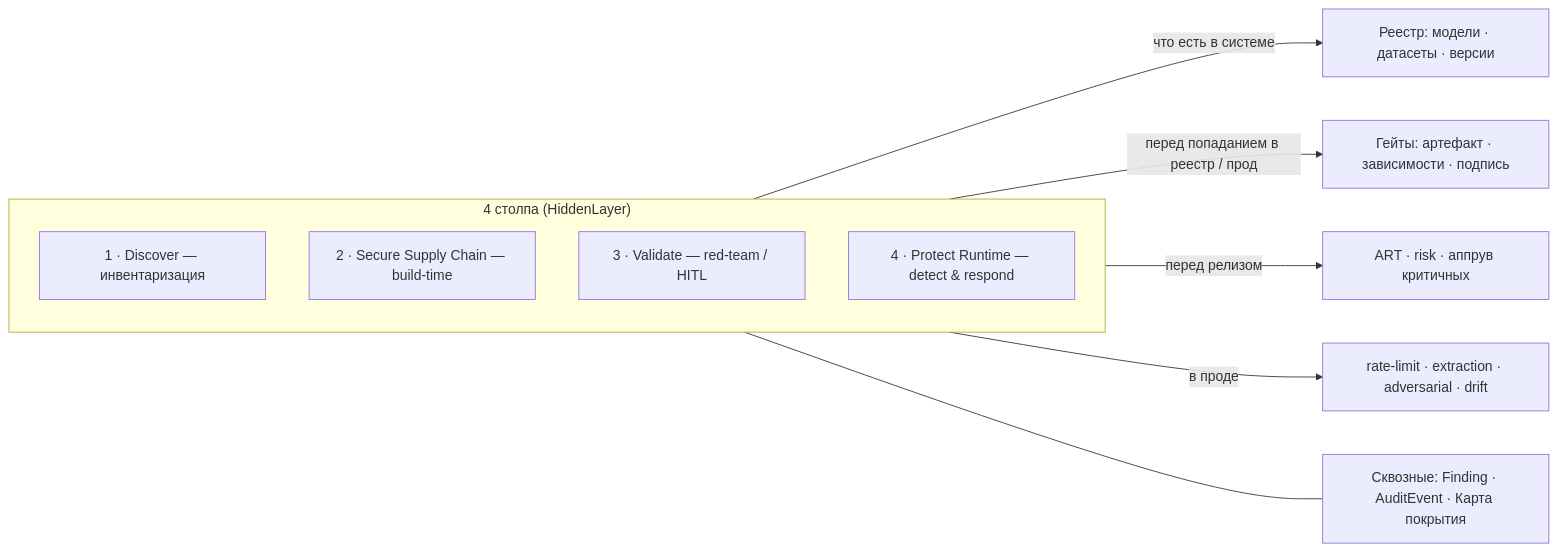
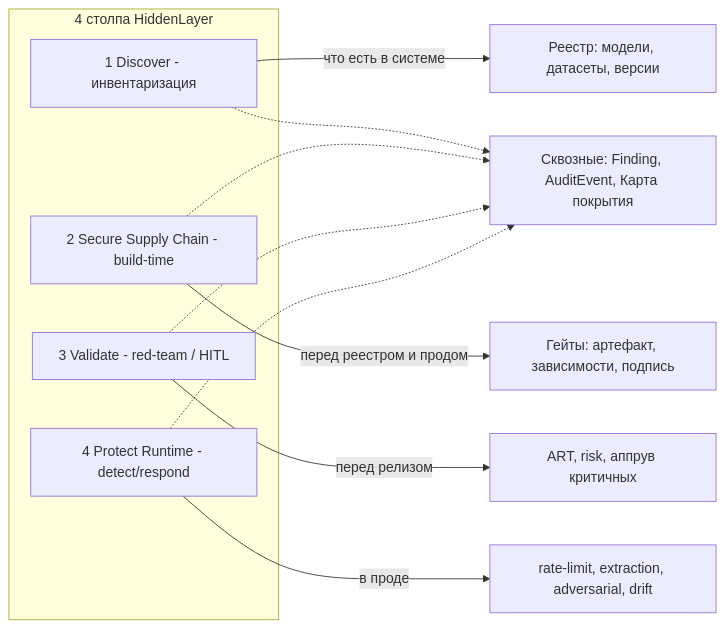
The first of 8 diagrams in docs/architecture.md (dmagog/Sirius-Argus), drawn with Mermaid before and after one commit. The commit also changed other lines of this file and 1 other file, not shown here.

First line of the commit message:
fix(docs): mermaid под GitLab 11.13.0 + хуманизация README

````diff
--- a/docs/architecture.md
+++ b/docs/architecture.md
@@ -55,16 +55,18 @@
 ```mermaid
 flowchart LR
-    subgraph P["4 столпа (HiddenLayer)"]
-        direction TB
-        P1["1 · Discover — инвентаризация"]
-        P2["2 · Secure Supply Chain — build-time"]
-        P3["3 · Validate — red-team / HITL"]
-        P4["4 · Protect Runtime — detect &amp; respond"]
+    subgraph PILLARS["4 столпа HiddenLayer"]
+        P1["1 Discover - инвентаризация"]
+        P2["2 Secure Supply Chain - build-time"]
+        P3["3 Validate - red-team / HITL"]
+        P4["4 Protect Runtime - detect/respond"]
     end
-    P1 -->|"что есть в системе"| L1["Реестр: модели · датасеты · версии"]
-    P2 -->|"перед попаданием в реестр / прод"| L2["Гейты: артефакт · зависимости · подпись"]
-    P3 -->|"перед релизом"| L3["ART · risk · аппрув критичных"]
-    P4 -->|"в проде"| L4["rate-limit · extraction · adversarial · drift"]
-    X["Сквозные: Finding · AuditEvent · Карта покрытия"]
-    P --- X
+    P1 -->|"что есть в системе"| L1["Реестр: модели, датасеты, версии"]
+    P2 -->|"перед реестром и продом"| L2["Гейты: артефакт, зависимости, подпись"]
+    P3 -->|"перед релизом"| L3["ART, risk, аппрув критичных"]
+    P4 -->|"в проде"| L4["rate-limit, extraction, adversarial, drift"]
+    X["Сквозные: Finding, AuditEvent, Карта покрытия"]
+    P1 -.-> X
+    P2 -.-> X
+    P3 -.-> X
+    P4 -.-> X
 ```
````
